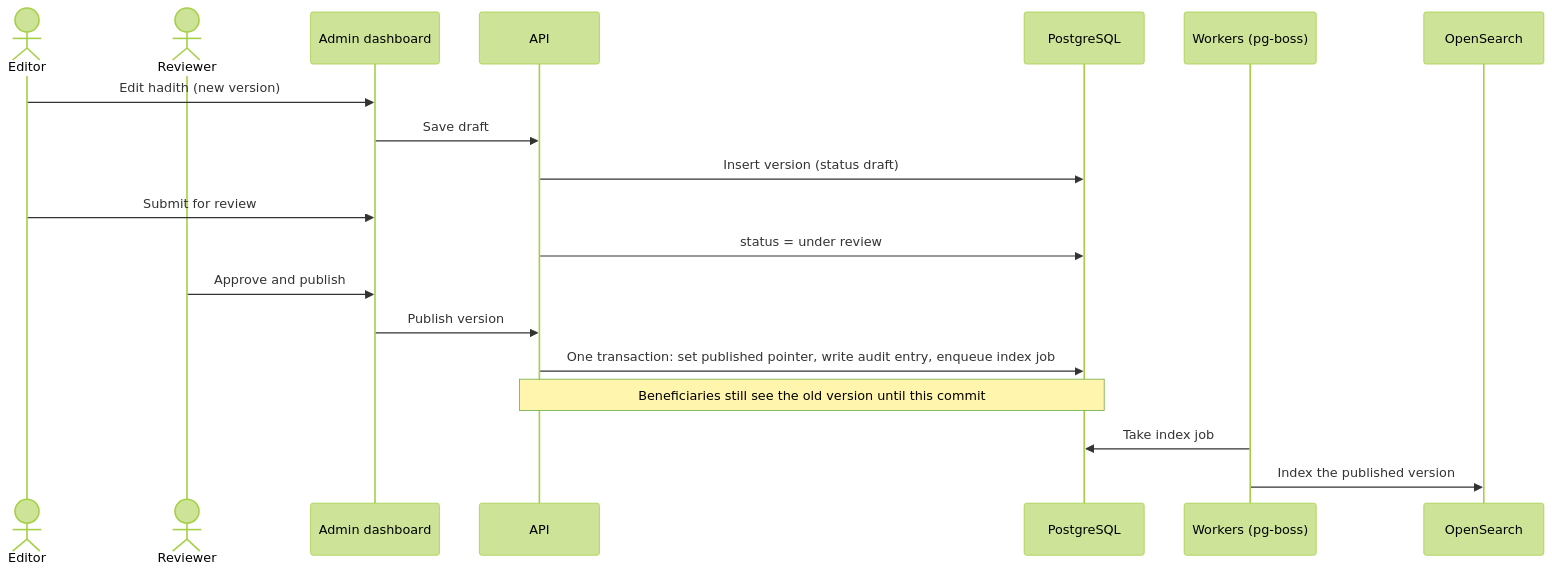
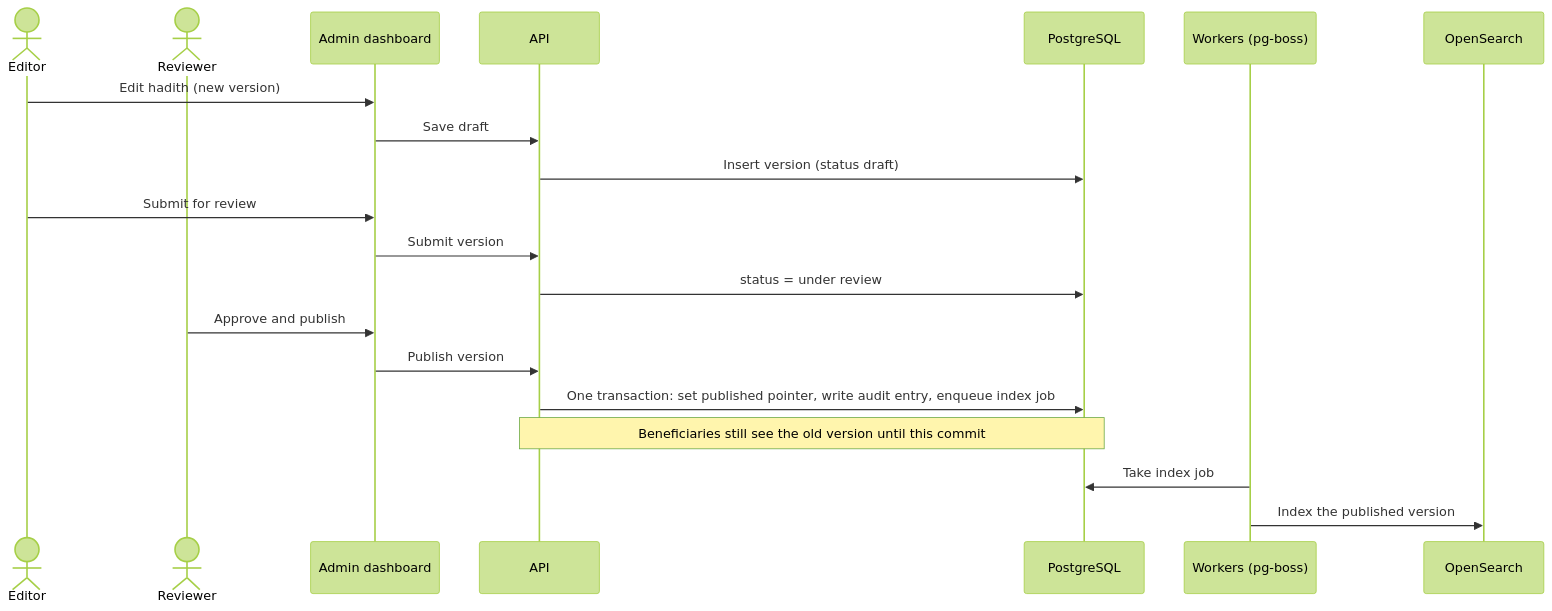
One commit to ideallgate/alnoor-proposed-architecture- changed the first of 3 diagrams in docs/sad.md. Above: the diagram before and after it, drawn with Mermaid (forest theme). The commit also changed other lines of this file and 7 other files, not shown here.

````diff
--- a/docs/sad.md
+++ b/docs/sad.md
@@ -116,21 +116,22 @@
 ```mermaid
 sequenceDiagram
   actor Editor
   actor Reviewer
   participant Admin as Admin dashboard
   participant API
   participant DB as PostgreSQL
   participant W as Workers (pg-boss)
   participant OS as OpenSearch
   Editor->>Admin: Edit hadith (new version)
   Admin->>API: Save draft
   API->>DB: Insert version (status draft)
   Editor->>Admin: Submit for review
+  Admin->>API: Submit version
   API->>DB: status = under review
   Reviewer->>Admin: Approve and publish
   Admin->>API: Publish version
   API->>DB: One transaction: set published pointer, write audit entry, enqueue index job
   Note over API,DB: Beneficiaries still see the old version until this commit
   W->>DB: Take index job
   W->>OS: Index the published version
 ```
````
